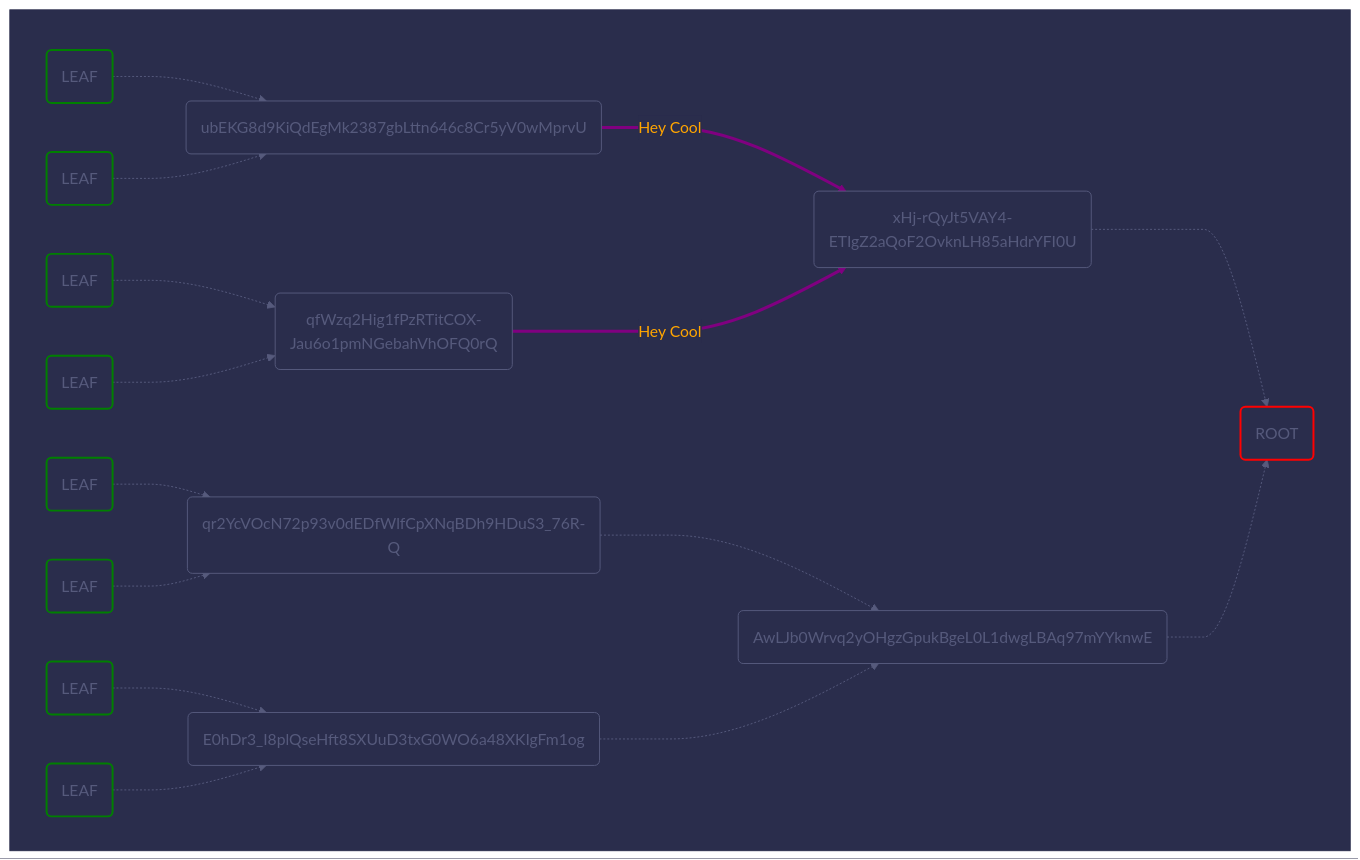
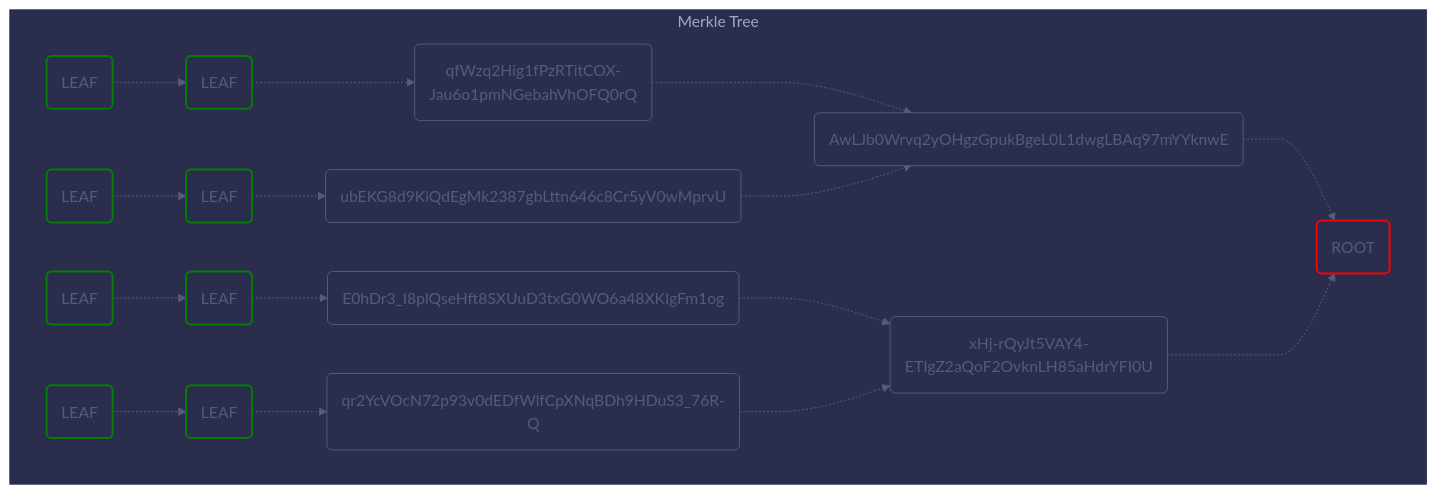
Before and after one commit to transmute-industries/verifiable-data: the diagram in packages/merkle-proof/src/mermaid-representation/__tests__/custom.tree.mermaid.md, drawn with Mermaid. The commit also changed 10 other files, not shown here.

Commit message:
mostly fixed mermaid

````diff
--- a/packages/merkle-proof/src/mermaid-representation/__tests__/custom.tree.mermaid.md
+++ b/packages/merkle-proof/src/mermaid-representation/__tests__/custom.tree.mermaid.md
@@ -1,63 +1,61 @@
 ```mermaid
 %%{
   init: {
     'flowchart': { 'curve': 'monotoneX' },
     'theme': 'base',
     'themeVariables': {
       'primaryColor': '#2a2d4c',
       'primaryTextColor': '#565a7c',
       'nodeBorder': '#565a7c',
       'edgeLabelBackground': '#2a2d4c',
       'clusterBkg': '#2a2d4c',
       'clusterBorder': '#2a2d4c',
       'lineColor': '#565a7c',
       'fontFamily': 'monospace',
       'darkmode': true
     }
   }
 }%%
 graph LR
-	subgraph &nbsp;
+	subgraph Merkle Tree
 		direction LR
-		3b828c4f4b48c5d4cb5562a474ec9e2fd8d5546fae40e90732ef635892e42720("ROOT")
-			style 3b828c4f4b48c5d4cb5562a474ec9e2fd8d5546fae40e90732ef635892e42720 stroke: red, stroke-width: 2.0px
-		c478fead0c89b79540638f844c8819d9a4281763af9272c7f3968776b6052345("xHj-rQyJt5VAY4-ETIgZ2aQoF2OvknLH85aHdrYFI0U")
-		0302c96f45abbeadb23878331a9ba406078bd0bd5dc202c102af7b9986249f01("AwLJb0Wrvq2yOHgzGpukBgeL0L1dwgLBAq97mYYknwE")
-		b9b10a1bc77d2a241d120324db7f3b81b2edb67eb8e9cf02af9c95d30329aef5("ubEKG8d9KiQdEgMk2387gbLttn646c8Cr5yV0wMprvU")
-		a9f5b3ab61e28357cfcd14e2b42397f896aeea8d6998d19e6da85584e150d2b4("qfWzq2Hig1fPzRTitCOX-Jau6o1pmNGebahVhOFQ0rQ")
-		aabd9871539c37bda9f77bf47440df5a57c2a5736a04387d1c3b92dffefa47e4("qr2YcVOcN72p93v0dEDfWlfCpXNqBDh9HDuS3_76R-Q")
-		134843af7fc8f29950b1e1dfb7c49752e0f7b711b458ee9ae3c5ca220166d688("E0hDr3_I8plQseHft8SXUuD3txG0WO6a48XKIgFm1og")
-		5feceb66ffc86f38d952786c6d696c79c2dbc239dd4e91b46729d73a27fb57e9("LEAF")
-			style 5feceb66ffc86f38d952786c6d696c79c2dbc239dd4e91b46729d73a27fb57e9 stroke: green, stroke-width: 2.0px
-		6b86b273ff34fce19d6b804eff5a3f5747ada4eaa22f1d49c01e52ddb7875b4b("LEAF")
-			style 6b86b273ff34fce19d6b804eff5a3f5747ada4eaa22f1d49c01e52ddb7875b4b stroke: green, stroke-width: 2.0px
-		d4735e3a265e16eee03f59718b9b5d03019c07d8b6c51f90da3a666eec13ab35("LEAF")
-			style d4735e3a265e16eee03f59718b9b5d03019c07d8b6c51f90da3a666eec13ab35 stroke: green, stroke-width: 2.0px
-		4e07408562bedb8b60ce05c1decfe3ad16b72230967de01f640b7e4729b49fce("LEAF")
-			style 4e07408562bedb8b60ce05c1decfe3ad16b72230967de01f640b7e4729b49fce stroke: green, stroke-width: 2.0px
-		4b227777d4dd1fc61c6f884f48641d02b4d121d3fd328cb08b5531fcacdabf8a("LEAF")
-			style 4b227777d4dd1fc61c6f884f48641d02b4d121d3fd328cb08b5531fcacdabf8a stroke: green, stroke-width: 2.0px
-		ef2d127de37b942baad06145e54b0c619a1f22327b2ebbcfbec78f5564afe39d("LEAF")
-			style ef2d127de37b942baad06145e54b0c619a1f22327b2ebbcfbec78f5564afe39d stroke: green, stroke-width: 2.0px
-		e7f6c011776e8db7cd330b54174fd76f7d0216b612387a5ffcfb81e6f0919683("LEAF")
-			style e7f6c011776e8db7cd330b54174fd76f7d0216b612387a5ffcfb81e6f0919683 stroke: green, stroke-width: 2.0px
-		7902699be42c8a8e46fbbb4501726517e86b22c56a189f7625a6da49081b2451("LEAF")
-			style 7902699be42c8a8e46fbbb4501726517e86b22c56a189f7625a6da49081b2451 stroke: green, stroke-width: 2.0px
-		c478fead0c89b79540638f844c8819d9a4281763af9272c7f3968776b6052345 -.-> 3b828c4f4b48c5d4cb5562a474ec9e2fd8d5546fae40e90732ef635892e42720 
-		0302c96f45abbeadb23878331a9ba406078bd0bd5dc202c102af7b9986249f01 -.-> 3b828c4f4b48c5d4cb5562a474ec9e2fd8d5546fae40e90732ef635892e42720 
-		b9b10a1bc77d2a241d120324db7f3b81b2edb67eb8e9cf02af9c95d30329aef5 -- Hey Cool --> c478fead0c89b79540638f844c8819d9a4281763af9272c7f3968776b6052345
-			linkStyle 2 color: orange, stroke: purple, stroke-width: 3.0px
-		a9f5b3ab61e28357cfcd14e2b42397f896aeea8d6998d19e6da85584e150d2b4 -- Hey Cool --> c478fead0c89b79540638f844c8819d9a4281763af9272c7f3968776b6052345
-			linkStyle 3 color: orange, stroke: purple, stroke-width: 3.0px
-		aabd9871539c37bda9f77bf47440df5a57c2a5736a04387d1c3b92dffefa47e4 -.-> 0302c96f45abbeadb23878331a9ba406078bd0bd5dc202c102af7b9986249f01 
-		134843af7fc8f29950b1e1dfb7c49752e0f7b711b458ee9ae3c5ca220166d688 -.-> 0302c96f45abbeadb23878331a9ba406078bd0bd5dc202c102af7b9986249f01 
-		5feceb66ffc86f38d952786c6d696c79c2dbc239dd4e91b46729d73a27fb57e9 -.-> b9b10a1bc77d2a241d120324db7f3b81b2edb67eb8e9cf02af9c95d30329aef5 
-		6b86b273ff34fce19d6b804eff5a3f5747ada4eaa22f1d49c01e52ddb7875b4b -.-> b9b10a1bc77d2a241d120324db7f3b81b2edb67eb8e9cf02af9c95d30329aef5 
-		d4735e3a265e16eee03f59718b9b5d03019c07d8b6c51f90da3a666eec13ab35 -.-> a9f5b3ab61e28357cfcd14e2b42397f896aeea8d6998d19e6da85584e150d2b4 
-		4e07408562bedb8b60ce05c1decfe3ad16b72230967de01f640b7e4729b49fce -.-> a9f5b3ab61e28357cfcd14e2b42397f896aeea8d6998d19e6da85584e150d2b4 
-		4b227777d4dd1fc61c6f884f48641d02b4d121d3fd328cb08b5531fcacdabf8a -.-> aabd9871539c37bda9f77bf47440df5a57c2a5736a04387d1c3b92dffefa47e4 
-		ef2d127de37b942baad06145e54b0c619a1f22327b2ebbcfbec78f5564afe39d -.-> aabd9871539c37bda9f77bf47440df5a57c2a5736a04387d1c3b92dffefa47e4 
-		e7f6c011776e8db7cd330b54174fd76f7d0216b612387a5ffcfb81e6f0919683 -.-> 134843af7fc8f29950b1e1dfb7c49752e0f7b711b458ee9ae3c5ca220166d688 
-		7902699be42c8a8e46fbbb4501726517e86b22c56a189f7625a6da49081b2451 -.-> 134843af7fc8f29950b1e1dfb7c49752e0f7b711b458ee9ae3c5ca220166d688 
+		O4KMT0tIxdTLVWKkdOyeL9jVVG-uQOkHMu9jWJLkJyA("ROOT")
+			style O4KMT0tIxdTLVWKkdOyeL9jVVG-uQOkHMu9jWJLkJyA stroke: red, stroke-width: 2.0px
+		X-zrZv_IbzjZUnhsbWlsecLbwjndTpG0ZynXOif7V-k("LEAF")
+			style X-zrZv_IbzjZUnhsbWlsecLbwjndTpG0ZynXOif7V-k stroke: green, stroke-width: 2.0px
+		a4ayc_80_OGda4BO_1o_V0etpOqiLx1JwB5S3beHW0s("LEAF")
+			style a4ayc_80_OGda4BO_1o_V0etpOqiLx1JwB5S3beHW0s stroke: green, stroke-width: 2.0px
+		qfWzq2Hig1fPzRTitCOX-Jau6o1pmNGebahVhOFQ0rQ("qfWzq2Hig1fPzRTitCOX-Jau6o1pmNGebahVhOFQ0rQ")
+		AwLJb0Wrvq2yOHgzGpukBgeL0L1dwgLBAq97mYYknwE("AwLJb0Wrvq2yOHgzGpukBgeL0L1dwgLBAq97mYYknwE")
+		1HNeOiZeFu7gP1lxi5tdAwGcB9i2xR-Q2jpmbuwTqzU("LEAF")
+			style 1HNeOiZeFu7gP1lxi5tdAwGcB9i2xR-Q2jpmbuwTqzU stroke: green, stroke-width: 2.0px
+		TgdAhWK-24tgzgXB3s_jrRa3IjCWfeAfZAt-Rym0n84("LEAF")
+			style TgdAhWK-24tgzgXB3s_jrRa3IjCWfeAfZAt-Rym0n84 stroke: green, stroke-width: 2.0px
+		ubEKG8d9KiQdEgMk2387gbLttn646c8Cr5yV0wMprvU("ubEKG8d9KiQdEgMk2387gbLttn646c8Cr5yV0wMprvU")
+		SyJ3d9TdH8Ycb4hPSGQdArTRIdP9Moywi1Ux_Kzav4o("LEAF")
+			style SyJ3d9TdH8Ycb4hPSGQdArTRIdP9Moywi1Ux_Kzav4o stroke: green, stroke-width: 2.0px
+		7y0SfeN7lCuq0GFF5UsMYZofIjJ7LrvPvsePVWSv450("LEAF")
+			style 7y0SfeN7lCuq0GFF5UsMYZofIjJ7LrvPvsePVWSv450 stroke: green, stroke-width: 2.0px
+		E0hDr3_I8plQseHft8SXUuD3txG0WO6a48XKIgFm1og("E0hDr3_I8plQseHft8SXUuD3txG0WO6a48XKIgFm1og")
+		xHj-rQyJt5VAY4-ETIgZ2aQoF2OvknLH85aHdrYFI0U("xHj-rQyJt5VAY4-ETIgZ2aQoF2OvknLH85aHdrYFI0U")
+		5_bAEXdujbfNMwtUF0_Xb30CFrYSOHpf_PuB5vCRloM("LEAF")
+			style 5_bAEXdujbfNMwtUF0_Xb30CFrYSOHpf_PuB5vCRloM stroke: green, stroke-width: 2.0px
+		eQJpm-Qsio5G-7tFAXJlF-hrIsVqGJ92JabaSQgbJFE("LEAF")
+			style eQJpm-Qsio5G-7tFAXJlF-hrIsVqGJ92JabaSQgbJFE stroke: green, stroke-width: 2.0px
+		qr2YcVOcN72p93v0dEDfWlfCpXNqBDh9HDuS3_76R-Q("qr2YcVOcN72p93v0dEDfWlfCpXNqBDh9HDuS3_76R-Q")
+		X-zrZv_IbzjZUnhsbWlsecLbwjndTpG0ZynXOif7V-k -.-> a4ayc_80_OGda4BO_1o_V0etpOqiLx1JwB5S3beHW0s 
+		a4ayc_80_OGda4BO_1o_V0etpOqiLx1JwB5S3beHW0s -.-> qfWzq2Hig1fPzRTitCOX-Jau6o1pmNGebahVhOFQ0rQ 
+		qfWzq2Hig1fPzRTitCOX-Jau6o1pmNGebahVhOFQ0rQ -.-> AwLJb0Wrvq2yOHgzGpukBgeL0L1dwgLBAq97mYYknwE 
+		AwLJb0Wrvq2yOHgzGpukBgeL0L1dwgLBAq97mYYknwE -.-> O4KMT0tIxdTLVWKkdOyeL9jVVG-uQOkHMu9jWJLkJyA 
+		1HNeOiZeFu7gP1lxi5tdAwGcB9i2xR-Q2jpmbuwTqzU -.-> TgdAhWK-24tgzgXB3s_jrRa3IjCWfeAfZAt-Rym0n84 
+		TgdAhWK-24tgzgXB3s_jrRa3IjCWfeAfZAt-Rym0n84 -.-> ubEKG8d9KiQdEgMk2387gbLttn646c8Cr5yV0wMprvU 
+		ubEKG8d9KiQdEgMk2387gbLttn646c8Cr5yV0wMprvU -.-> AwLJb0Wrvq2yOHgzGpukBgeL0L1dwgLBAq97mYYknwE 
+		SyJ3d9TdH8Ycb4hPSGQdArTRIdP9Moywi1Ux_Kzav4o -.-> 7y0SfeN7lCuq0GFF5UsMYZofIjJ7LrvPvsePVWSv450 
+		7y0SfeN7lCuq0GFF5UsMYZofIjJ7LrvPvsePVWSv450 -.-> E0hDr3_I8plQseHft8SXUuD3txG0WO6a48XKIgFm1og 
+		E0hDr3_I8plQseHft8SXUuD3txG0WO6a48XKIgFm1og -.-> xHj-rQyJt5VAY4-ETIgZ2aQoF2OvknLH85aHdrYFI0U 
+		xHj-rQyJt5VAY4-ETIgZ2aQoF2OvknLH85aHdrYFI0U -.-> O4KMT0tIxdTLVWKkdOyeL9jVVG-uQOkHMu9jWJLkJyA 
+		5_bAEXdujbfNMwtUF0_Xb30CFrYSOHpf_PuB5vCRloM -.-> eQJpm-Qsio5G-7tFAXJlF-hrIsVqGJ92JabaSQgbJFE 
+		eQJpm-Qsio5G-7tFAXJlF-hrIsVqGJ92JabaSQgbJFE -.-> qr2YcVOcN72p93v0dEDfWlfCpXNqBDh9HDuS3_76R-Q 
+		qr2YcVOcN72p93v0dEDfWlfCpXNqBDh9HDuS3_76R-Q -.-> xHj-rQyJt5VAY4-ETIgZ2aQoF2OvknLH85aHdrYFI0U 
 	end
 ```
````
